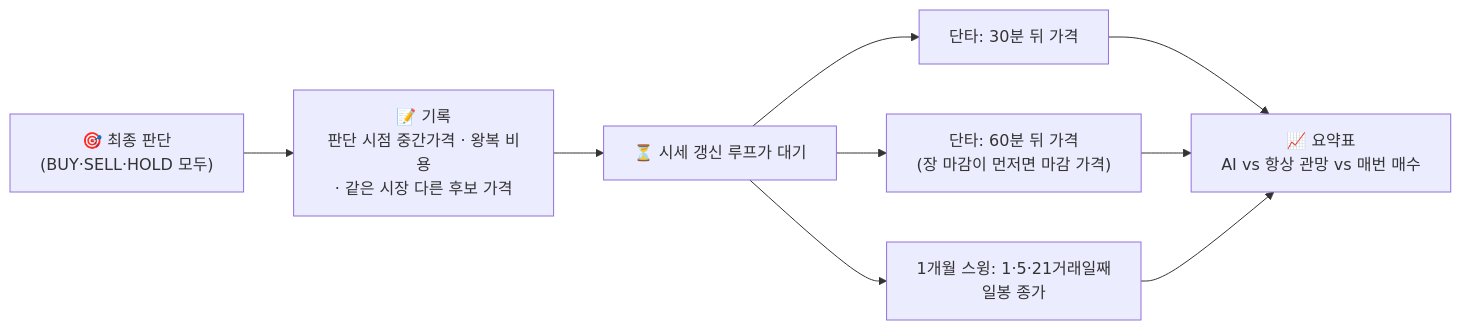
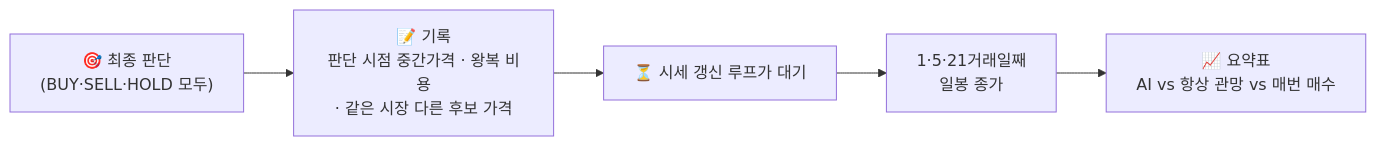
Before and after one commit to eshir0/stock-lab: the fourth of 10 diagrams in README.md, drawn with Mermaid. The commit also changed other lines of this file and 9 other files, not shown here.

````diff
--- a/README.md
+++ b/README.md
@@ -323,9 +362,7 @@
 ```mermaid
 flowchart LR
     D["🎯 최종 판단<br/>(BUY·SELL·HOLD 모두)"] --> R["📝 기록<br/>판단 시점 중간가격 · 왕복 비용<br/>· 같은 시장 다른 후보 가격"]
     R --> W["⏳ 시세 갱신 루프가 대기"]
-    W --> S30["단타: 30분 뒤 가격"]
-    W --> S60["단타: 60분 뒤 가격<br/>(장 마감이 먼저면 마감 가격)"]
-    W --> SD["1개월 스윙: 1·5·21거래일째<br/>일봉 종가"]
-    S30 & S60 & SD --> SUM["📈 요약표<br/>AI vs 항상 관망 vs 매번 매수"]
+    W --> SD["1·5·21거래일째<br/>일봉 종가"]
+    SD --> SUM["📈 요약표<br/>AI vs 항상 관망 vs 매번 매수"]
 ```
````
